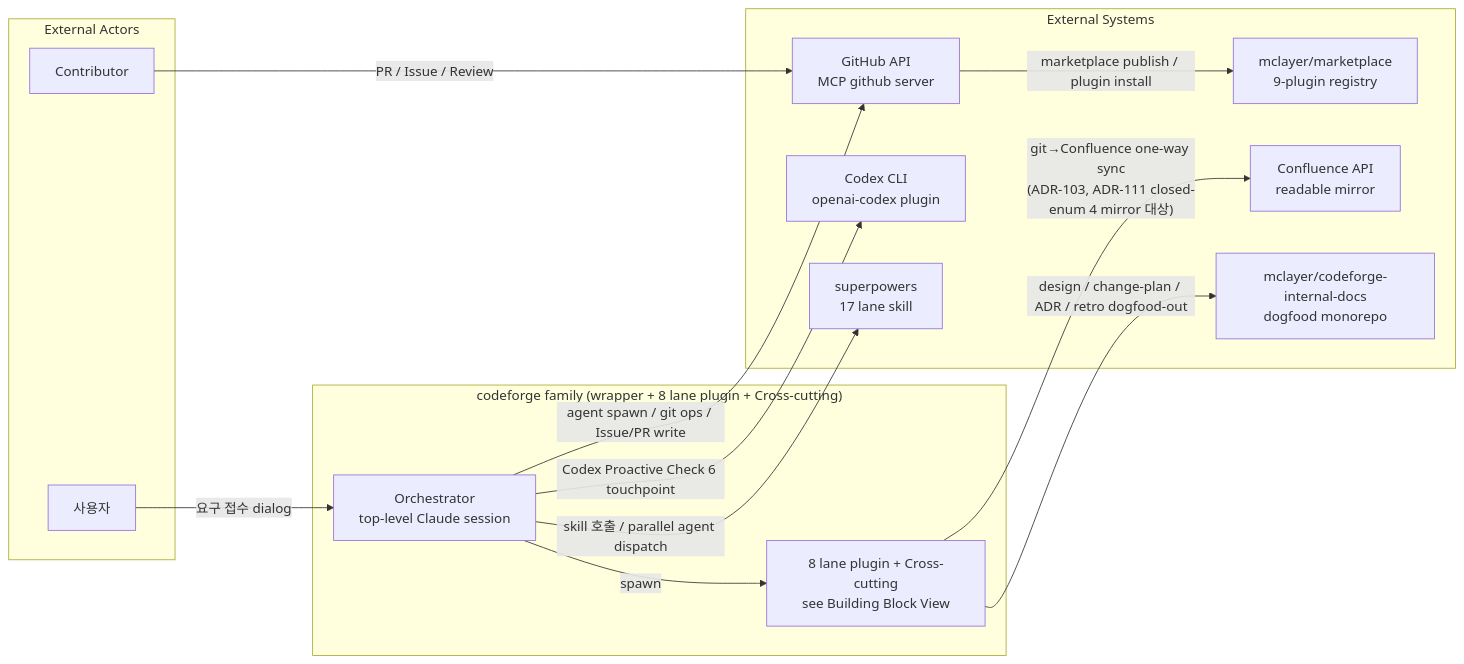
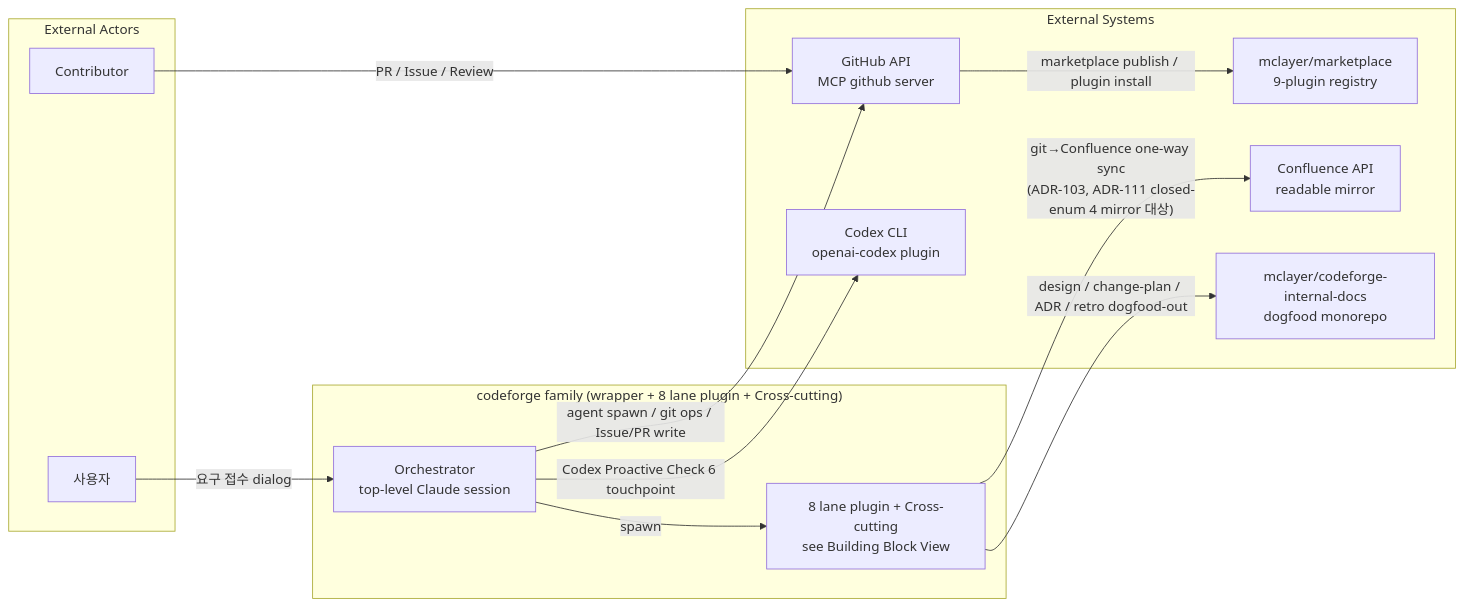
Before and after one commit to mclayer/plugin-codeforge: the first of 4 diagrams in docs/architecture/codeforge-family.md, drawn with Mermaid. The commit also changed other lines of this file and 16 other files, not shown here.

````diff
--- a/docs/architecture/codeforge-family.md
+++ b/docs/architecture/codeforge-family.md
@@ -120,31 +120,29 @@
 ```mermaid
 graph LR
     subgraph "External Actors"
         User[사용자]
         Contributor[Contributor]
     end
 
     subgraph "External Systems"
         GitHub[GitHub API<br/>MCP github server]
         Codex[Codex CLI<br/>openai-codex plugin]
-        Superpowers[superpowers<br/>17 lane skill]
         Marketplace[mclayer/marketplace<br/>9-plugin registry]
         Confluence[Confluence API<br/>readable mirror]
         InternalDocs[mclayer/codeforge-internal-docs<br/>dogfood monorepo]
     end
 
     subgraph "codeforge family (wrapper + 8 lane plugin + Cross-cutting)"
         Orchestrator[Orchestrator<br/>top-level Claude session]
         Family[8 lane plugin + Cross-cutting<br/>see Building Block View]
     end
 
     User -- "요구 접수 dialog" --> Orchestrator
     Contributor -- "PR / Issue / Review" --> GitHub
     Orchestrator -- "agent spawn / git ops / Issue/PR write" --> GitHub
-    Orchestrator -- "skill 호출 / parallel agent dispatch" --> Superpowers
     Orchestrator -- "Codex Proactive Check 6 touchpoint" --> Codex
     Orchestrator -- "spawn" --> Family
     GitHub -- "marketplace publish / plugin install" --> Marketplace
     Family -- "design / change-plan / ADR / retro dogfood-out" --> InternalDocs
     Family -- "git→Confluence one-way sync<br/>(ADR-103, ADR-111 closed-enum 4 mirror 대상)" --> Confluence
 ```
````
